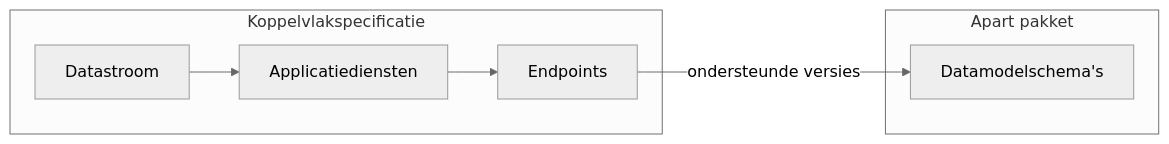
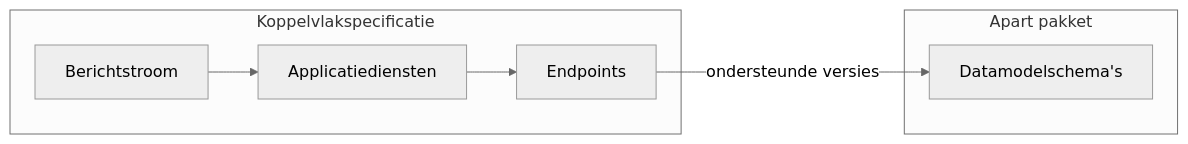
One commit to Npuls-OKx/meta changed the fourth of 5 diagrams in presentaties/src/260915_kerngroep_techniek.md. Above: the diagram before and after it, drawn with Mermaid (neutral theme). The commit also changed other lines of this file, not shown here.

````diff
--- a/presentaties/src/260915_kerngroep_techniek.md
+++ b/presentaties/src/260915_kerngroep_techniek.md
@@ -295,10 +295,10 @@
 ```mermaid {scale: 0.75}
 flowchart LR
   subgraph KV["Koppelvlakspecificatie"]
-    D["Datastroom"] --> A["Applicatiediensten"] --> E["Endpoints"]
+    D["Berichtstroom"] --> A["Applicatiediensten"] --> E["Endpoints"]
   end
   subgraph DM["Apart pakket"]
     S["Datamodelschema's"]
   end
   E -->|ondersteunde versies| S
 ```
````
